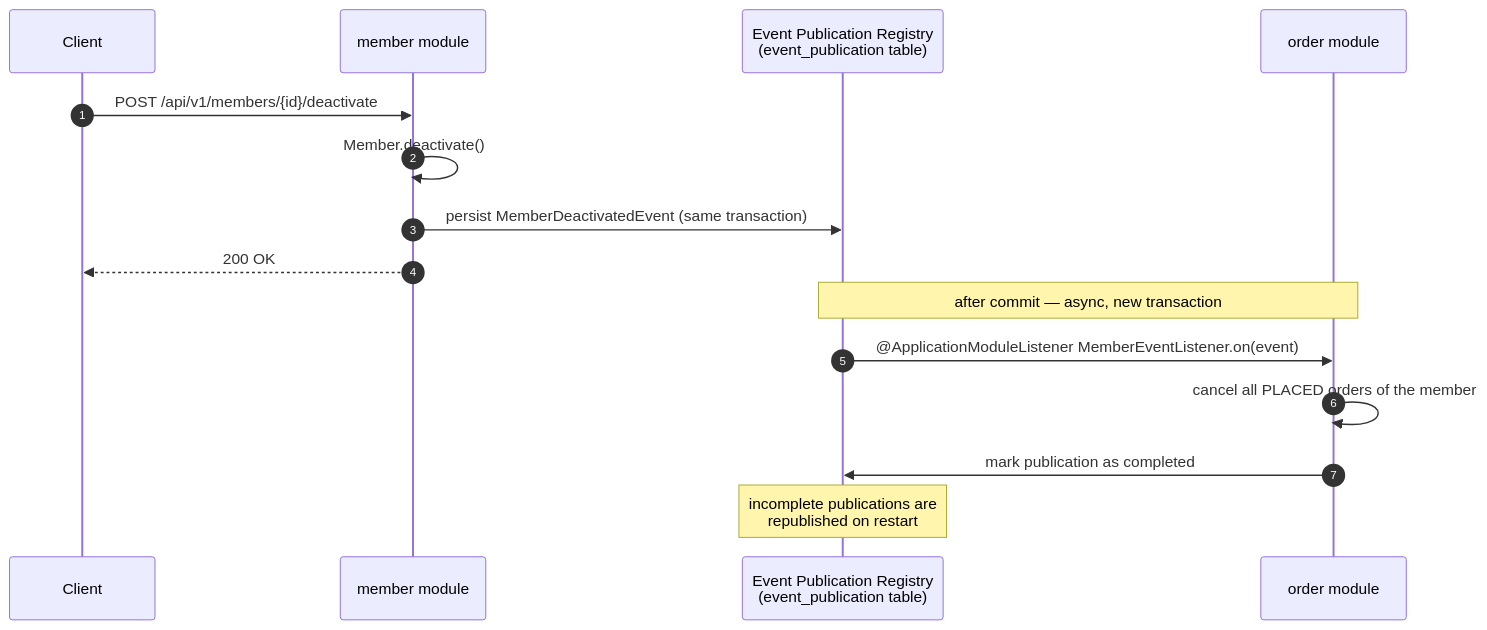
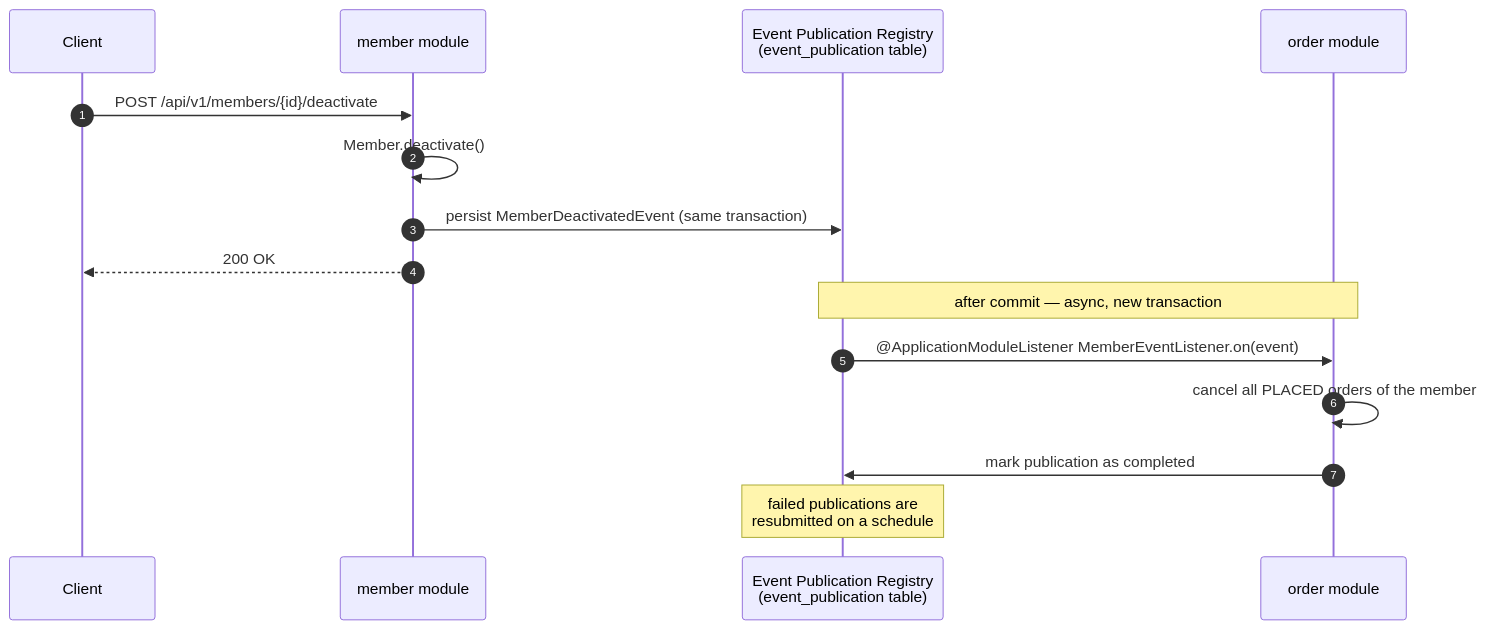
Before and after one commit to hyunolike/kotlin-spring-modulith-template: the second of 2 diagrams in README.md, drawn with Mermaid. The commit also changed other lines of this file and 19 other files, not shown here.

````diff
--- a/README.md
+++ b/README.md
@@ -157,20 +164,20 @@
 ```mermaid
 sequenceDiagram
     autonumber
     participant C as Client
     participant M as member module
     participant R as Event Publication Registry<br/>(event_publication table)
     participant O as order module
 
     C->>M: POST /api/v1/members/{id}/deactivate
     M->>M: Member.deactivate()
     M->>R: persist MemberDeactivatedEvent (same transaction)
     M-->>C: 200 OK
 
     Note over R,O: after commit — async, new transaction
     R->>O: @ApplicationModuleListener MemberEventListener.on(event)
     O->>O: cancel all PLACED orders of the member
     O->>R: mark publication as completed
 
-    Note over R: incomplete publications are<br/>republished on restart
+    Note over R: failed publications are<br/>resubmitted on a schedule
 ```
````
